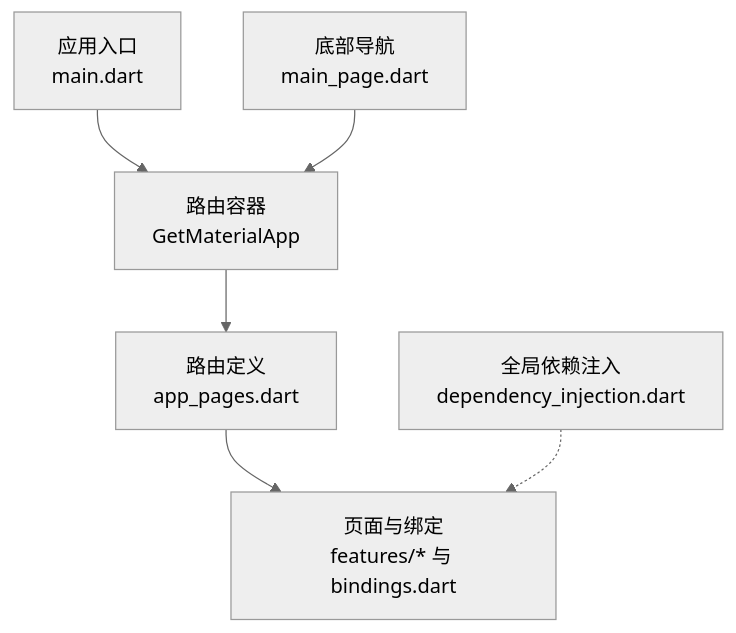
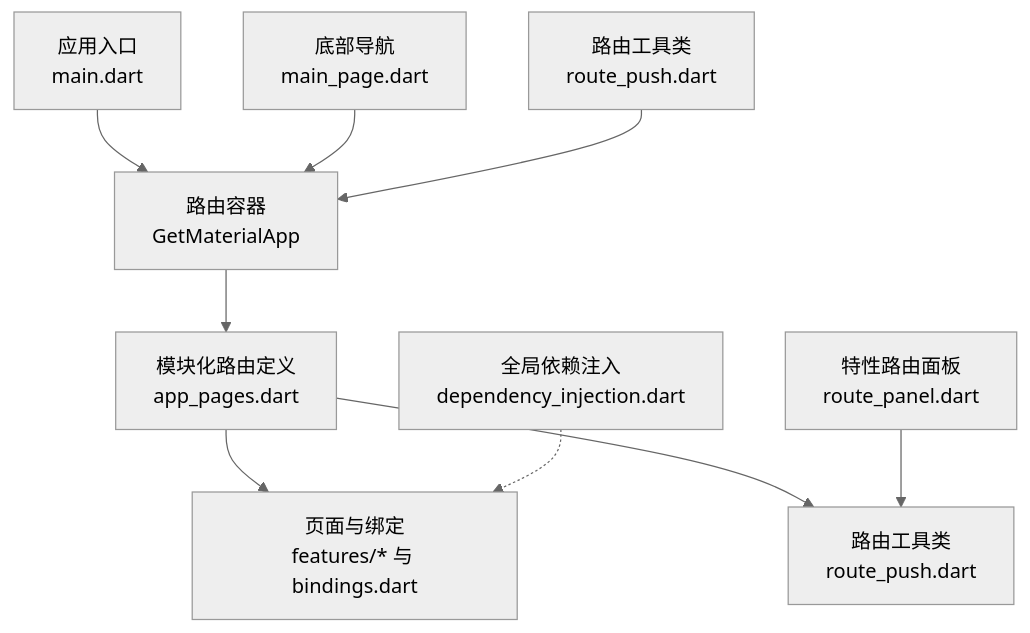
One commit to justLXX/pilipala changed the second of 11 diagrams in .qoder/repowiki/zh/content/核心模块/路由系统.md. Above: the diagram before and after it, drawn with Mermaid (neutral theme). The commit also changed other lines of this file and 194 other files, not shown here.

````diff
--- a/.qoder/repowiki/zh/content/核心模块/路由系统.md
+++ b/.qoder/repowiki/zh/content/核心模块/路由系统.md
@@ -98,8 +132,11 @@
 ```mermaid
 graph TB
 A["应用入口<br/>main.dart"] --> B["路由容器<br/>GetMaterialApp"]
-B --> C["路由定义<br/>app_pages.dart"]
+B --> C["模块化路由定义<br/>app_pages.dart"]
 C --> D["页面与绑定<br/>features/* 与 bindings.dart"]
-E["底部导航<br/>main_page.dart"] --> B
-F["全局依赖注入<br/>dependency_injection.dart"] -.-> D
+C --> E["路由工具类<br/>route_push.dart"]
+F["特性路由面板<br/>route_panel.dart"] --> E
+G["底部导航<br/>main_page.dart"] --> B
+H["全局依赖注入<br/>dependency_injection.dart"] -.-> D
+I["路由工具类<br/>route_push.dart"] --> B
 ```
````
